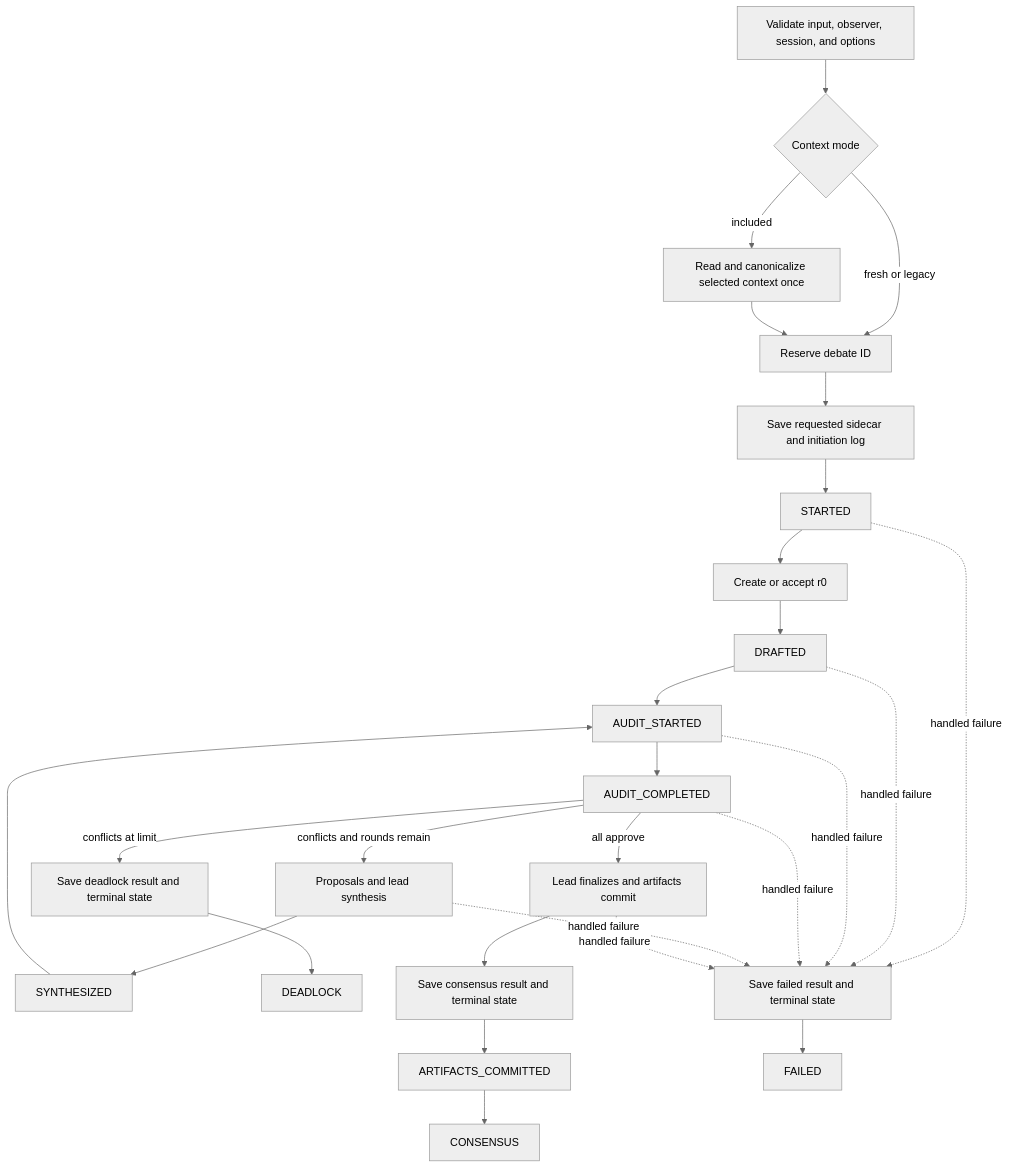
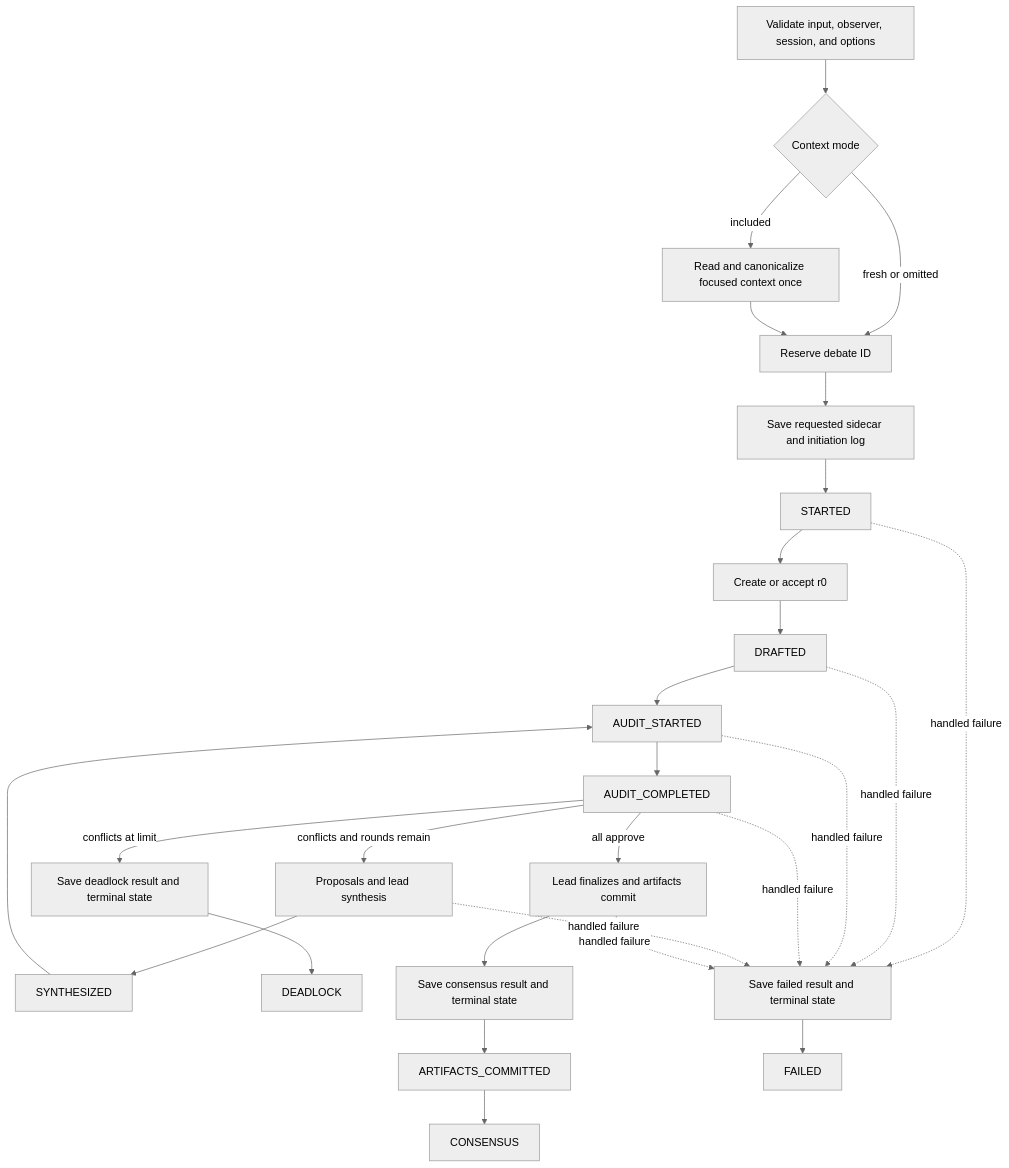
The diagram in docs/design/consensus-workflow.md (Kims-DeveloperGroup/story-writing-agents), drawn with Mermaid (neutral theme) before and after one commit. The commit also changed other lines of this file and 70 other files, not shown here.

````diff
--- a/docs/design/consensus-workflow.md
+++ b/docs/design/consensus-workflow.md
@@ -12,29 +12,29 @@
 ```mermaid
 flowchart TD
     P[Validate input, observer, session, and options] --> C{Context mode}
-    C -->|included| R[Read and canonicalize selected context once]
-    C -->|fresh or legacy| V[Reserve debate ID]
+    C -->|included| R[Read and canonicalize focused context once]
+    C -->|fresh or omitted| V[Reserve debate ID]
     R --> V
     V --> S[Save requested sidecar and initiation log]
     S --> ST[STARTED]
     ST --> D[Create or accept r0]
     D --> DR[DRAFTED]
     DR --> AS[AUDIT_STARTED]
     AS --> AC[AUDIT_COMPLETED]
     AC -->|conflicts and rounds remain| Y[Proposals and lead synthesis]
     Y --> SY[SYNTHESIZED]
     SY --> AS
     AC -->|conflicts at limit| TD[Save deadlock result and terminal state]
     TD --> DE[DEADLOCK]
     AC -->|all approve| F[Lead finalizes and artifacts commit]
     F --> TC[Save consensus result and terminal state]
     TC --> AR[ARTIFACTS_COMMITTED]
     AR --> CO[CONSENSUS]
     ST -. handled failure .-> TF[Save failed result and terminal state]
     DR -. handled failure .-> TF
     AS -. handled failure .-> TF
     AC -. handled failure .-> TF
     Y -. handled failure .-> TF
     F -. handled failure .-> TF
     TF --> FA[FAILED]
 ```
````
